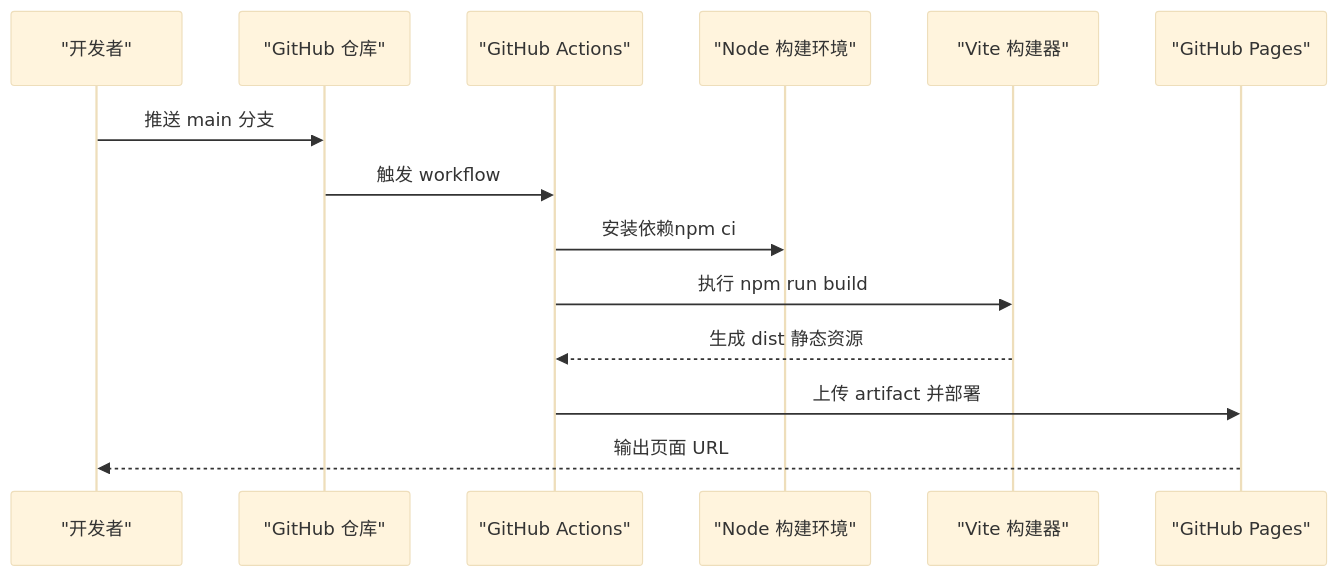
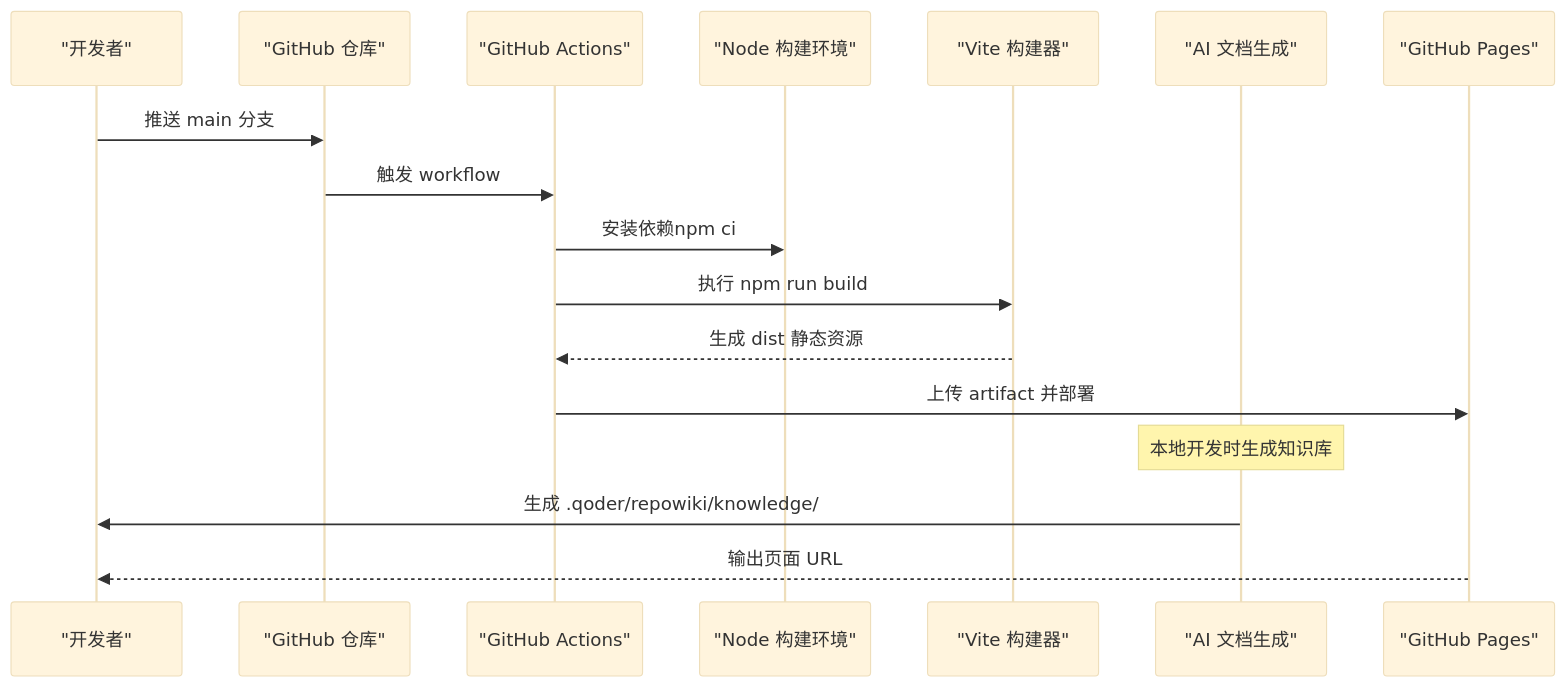
One commit to sunwenxu1997/sunwenxu1997.github.io changed the second of 7 diagrams in .qoder/repowiki/zh/content/构建与部署.md. Above: the diagram before and after it, drawn with Mermaid (base theme). The commit also changed other lines of this file and 8 other files, not shown here.

````diff
--- a/.qoder/repowiki/zh/content/构建与部署.md
+++ b/.qoder/repowiki/zh/content/构建与部署.md
@@ -76,16 +92,19 @@
 ```mermaid
 sequenceDiagram
 participant Dev as "开发者"
 participant GH as "GitHub 仓库"
 participant Actions as "GitHub Actions"
 participant Node as "Node 构建环境"
 participant Vite as "Vite 构建器"
+participant Qoder as "AI 文档生成"
 participant Pages as "GitHub Pages"
 Dev->>GH : 推送 main 分支
 GH->>Actions : 触发 workflow
 Actions->>Node : 安装依赖npm ci
 Actions->>Vite : 执行 npm run build
 Vite-->>Actions : 生成 dist 静态资源
 Actions->>Pages : 上传 artifact 并部署
+Note over Qoder : 本地开发时生成知识库
+Qoder->>Dev : 生成 .qoder/repowiki/knowledge/
 Pages-->>Dev : 输出页面 URL
 ```
````
